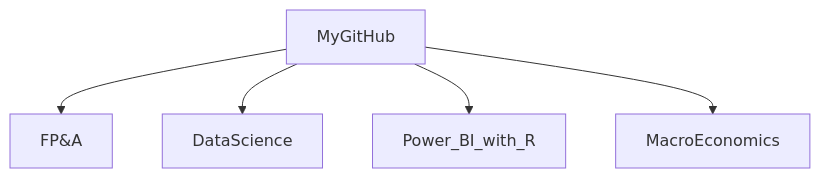
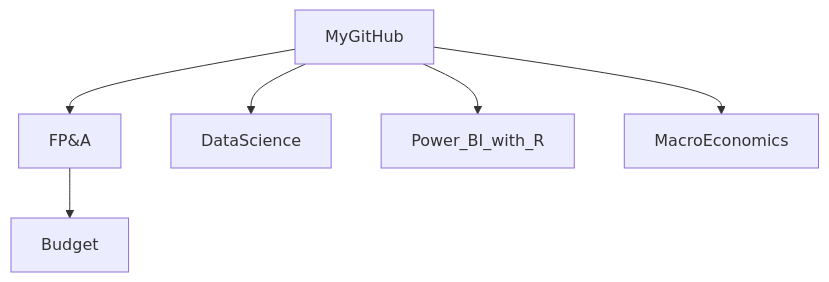
The diagram in README.md (md3629/md3629), drawn with Mermaid before and after one commit.

````diff
--- a/README.md
+++ b/README.md
@@ -9,7 +9,8 @@
 ```mermaid
 graph TD;
     MyGitHub-->FP&A;
+    FP&A-->Budget;
     MyGitHub-->DataScience;
     MyGitHub-->Power_BI_with_R;
     MyGitHub-->MacroEconomics;
 ```
````
